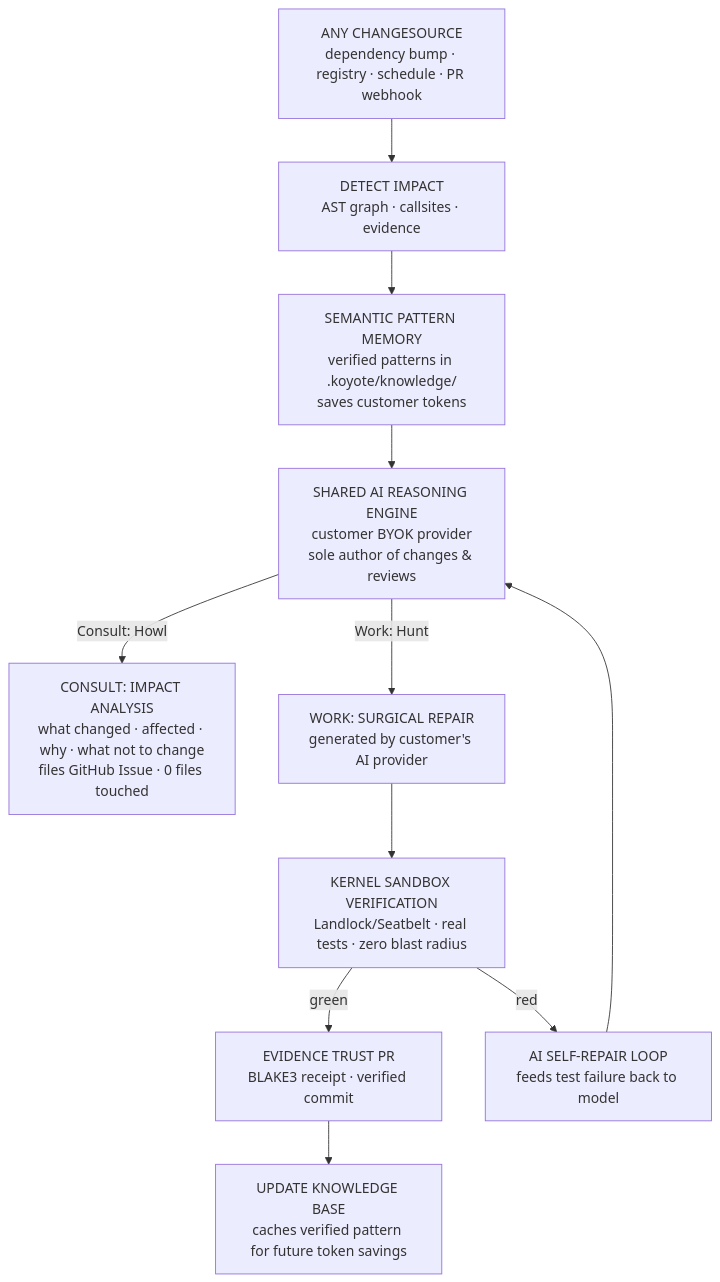
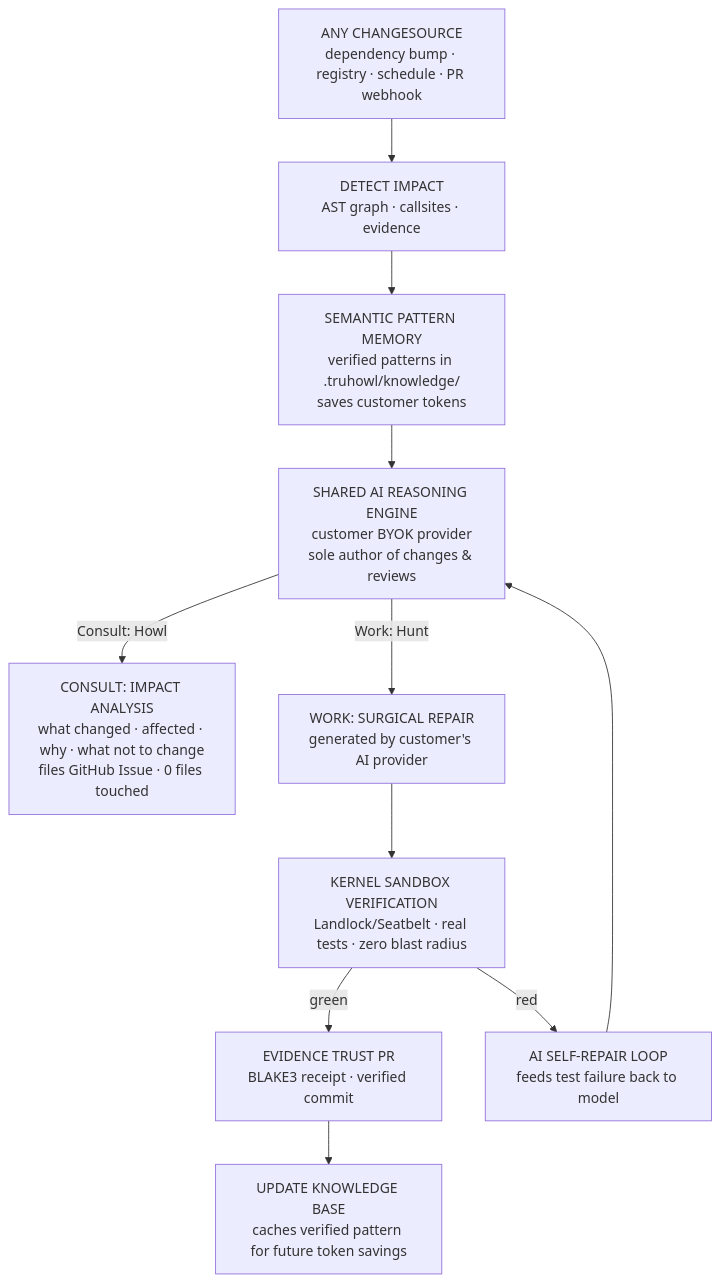
The second of 3 diagrams in docs/SYSTEM_MAP.md (Devaretanmay/truhowl), drawn with Mermaid before and after one commit. The commit also changed other lines of this file and 312 other files, not shown here.

First line of the commit message:
chore(brand): rename Koyote to Truhowl

````diff
--- a/docs/SYSTEM_MAP.md
+++ b/docs/SYSTEM_MAP.md
@@ -18,13 +18,13 @@
 ```mermaid
 flowchart TD
     EVENT["ANY CHANGESOURCE<br/>dependency bump · registry · schedule · PR webhook"] --> DETECT["DETECT IMPACT<br/>AST graph · callsites · evidence"]
-    DETECT --> MEM["SEMANTIC PATTERN MEMORY<br/>verified patterns in .koyote/knowledge/<br/>saves customer tokens"]
+    DETECT --> MEM["SEMANTIC PATTERN MEMORY<br/>verified patterns in .truhowl/knowledge/<br/>saves customer tokens"]
     MEM --> AI["SHARED AI REASONING ENGINE<br/>customer BYOK provider<br/>sole author of changes & reviews"]
     AI -->|Consult: Howl| ADVICE["CONSULT: IMPACT ANALYSIS<br/>what changed · affected · why · what not to change<br/>files GitHub Issue · 0 files touched"]
     AI -->|Work: Hunt| PATCH["WORK: SURGICAL REPAIR<br/>generated by customer's AI provider"]
     PATCH --> TEST["KERNEL SANDBOX VERIFICATION<br/>Landlock/Seatbelt · real tests · zero blast radius"]
     TEST -->|green| PR["EVIDENCE TRUST PR<br/>BLAKE3 receipt · verified commit"]
     TEST -->|red| RETRY["AI SELF-REPAIR LOOP<br/>feeds test failure back to model"]
     RETRY --> AI
     PR --> FLYWHEEL["UPDATE KNOWLEDGE BASE<br/>caches verified pattern for future token savings"]
 ```
````
